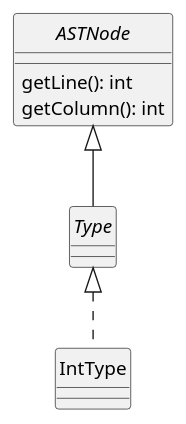
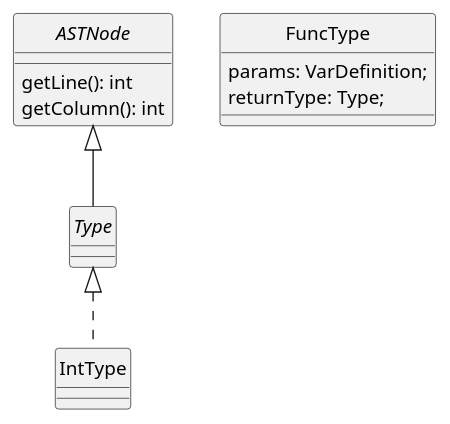
One commit to uo277440/dlp-compiler changed the diagram in docs/diagrams/types.plantuml. Above: the diagram before and after it, drawn with PlantUML. The commit also changed 7 other files, not shown here.

```diff
--- a/docs/diagrams/types.plantuml
+++ b/docs/diagrams/types.plantuml
@@ -1,18 +1,22 @@
 @startuml Types
 skinparam style strictuml
 skinparam monochrome true
 
 interface ASTNode {
     getLine(): int
     getColumn(): int
 }
 
 interface Type
 
 ASTNode <|-- Type
 
 class IntType
+class FuncType{
+params: VarDefinition;
+returnType: Type;
+}
 
 Type <|.. IntType
 
 @enduml
```
